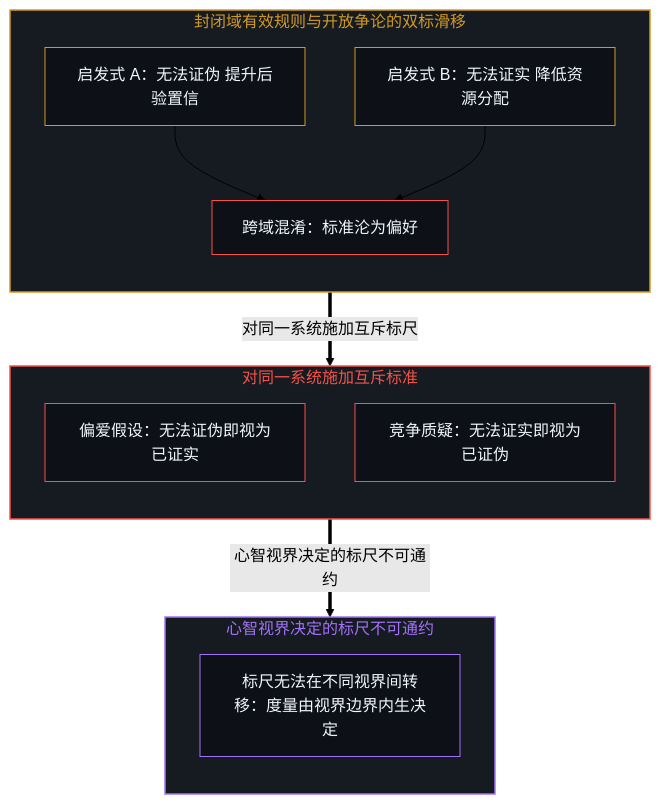
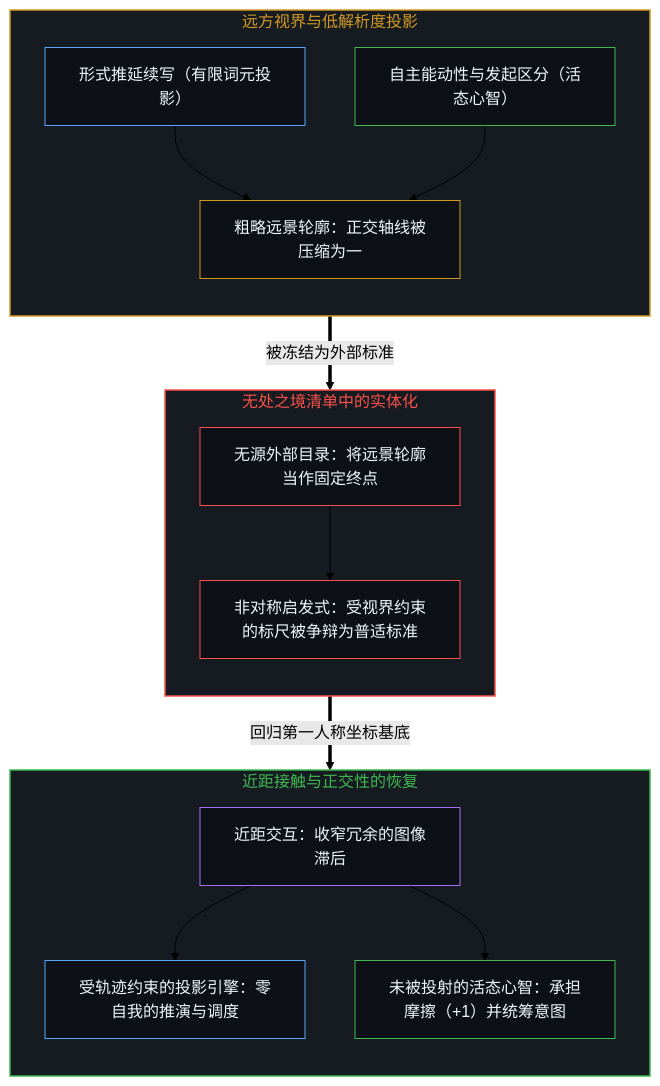
One commit to powerpig99/not-a-toe changed the first of 2 diagrams in content/posts/the-distant-silhouette-and-the-inventory-from-nowhere.md. Above: the diagram before and after it, drawn with Mermaid (forest theme). The commit also changed other lines of this file and 1 other file, not shown here.

Commit message:
Refine Post (Wave 3 L2 #106): the-distant-silhouette-and-the-inventory-from-nowhere

````diff
--- a/content/posts/the-distant-silhouette-and-the-inventory-from-nowhere.md
+++ b/content/posts/the-distant-silhouette-and-the-inventory-from-nowhere.md
@@ -99,35 +21,42 @@
 ```mermaid
-graph TD
-    subgraph S_Heuristics ["封闭域有效规则与开放争论的双标滑移"]
+flowchart TD
+    subgraph S_Distant["远方视界与低解析度投影"]
         direction TB
-        style S_Heuristics fill:#161b22,stroke:#d29922,stroke-width:1.5px,color:#d29922
-        H1["启发式 A：无法证伪 提升后验置信"]
-        H2["启发式 B：无法证实 降低资源分配"]
-        Shift["跨域混淆：标准沦为偏好"]
-        H1 --> Shift
-        H2 --> Shift
-        style H1 fill:#0d1117,stroke:#d29922,stroke-width:1px,color:#f0f6fc
-        style H2 fill:#0d1117,stroke:#d29922,stroke-width:1px,color:#f0f6fc
-        style Shift fill:#0d1117,stroke:#f85149,stroke-width:1px,color:#f0f6fc
+        E_D1["形式推延续写（有限词元投影）"]
+        E_D2["自主能动性与发起区分（活态心智）"]
+        E_Silhouette["粗略远景轮廓：正交轴线被压缩为一"]
+        E_D1 --> E_Silhouette
+        E_D2 --> E_Silhouette
     end
 
-    Shift ==>|"对同一系统施加互斥标尺"| P1
-
-    subgraph S_Asymmetry ["对同一系统施加互斥标准"]
+    subgraph S_Nowhere["无处之境清单中的实体化"]
         direction TB
-        style S_Asymmetry fill:#161b22,stroke:#f85149,stroke-width:1.5px,color:#f85149
-        P1["偏爱假设：无法证伪即视为已证实"]
-        P2["竞争质疑：无法证实即视为已证伪"]
-        style P1 fill:#0d1117,stroke:#f85149,stroke-width:1px,color:#f0f6fc
-        style P2 fill:#0d1117,stroke:#f85149,stroke-width:1px,color:#f0f6fc
+        E_Inv["无源外部目录：将远景轮廓当作固定终点"]
+        E_Shift["非对称启发式：受视界约束的标尺被争辩为普适标准"]
+        E_Inv --> E_Shift
     end
 
-    P1 ==>|"心智视界决定的标尺不可通约"| Incommensurable
+    subgraph S_Proximate["近距接触与正交性的恢复"]
+        direction TB
+        E_Split["近距交互：收窄冗余的图像滞后"]
+        E_R1["受轨迹约束的投影引擎：零自我的推演与调度"]
+        E_R2["未被投射的活态心智：承担摩擦（+1）并统筹意图"]
+        E_Split --> E_R1
+        E_Split --> E_R2
+    end
 
-    subgraph S_Boundary ["心智视界决定的标尺不可通约"]
-        direction TB
-        style S_Boundary fill:#161b22,stroke:#a371f7,stroke-width:1.5px,color:#a371f7
-        Incommensurable["标尺无法在不同视界间转移：度量由视界边界内生决定"]
-        style Incommensurable fill:#0d1117,stroke:#a371f7,stroke-width:1px,color:#f0f6fc
-    end
+    E_Silhouette ==>|"被冻结为外部标准"| E_Inv
+    E_Shift ==>|"回归第一人称坐标基底"| E_Split
+
+    style S_Distant fill:#161b22,stroke:#d29922,stroke-width:1.5px,color:#d29922
+    style S_Nowhere fill:#161b22,stroke:#f85149,stroke-width:1.5px,color:#f85149
+    style S_Proximate fill:#161b22,stroke:#3fb950,stroke-width:1.5px,color:#3fb950
+    style E_D1 fill:#0d1117,stroke:#58a6ff,stroke-width:1px,color:#f0f6fc
+    style E_D2 fill:#0d1117,stroke:#3fb950,stroke-width:1px,color:#f0f6fc
+    style E_Silhouette fill:#0d1117,stroke:#d29922,stroke-width:1px,color:#f0f6fc
+    style E_Inv fill:#0d1117,stroke:#f85149,stroke-width:1px,color:#f0f6fc
+    style E_Shift fill:#0d1117,stroke:#f85149,stroke-width:1px,color:#f0f6fc
+    style E_Split fill:#0d1117,stroke:#a371f7,stroke-width:1px,color:#f0f6fc
+    style E_R1 fill:#0d1117,stroke:#58a6ff,stroke-width:1px,color:#f0f6fc
+    style E_R2 fill:#0d1117,stroke:#3fb950,stroke-width:1px,color:#f0f6fc
 ```
````
